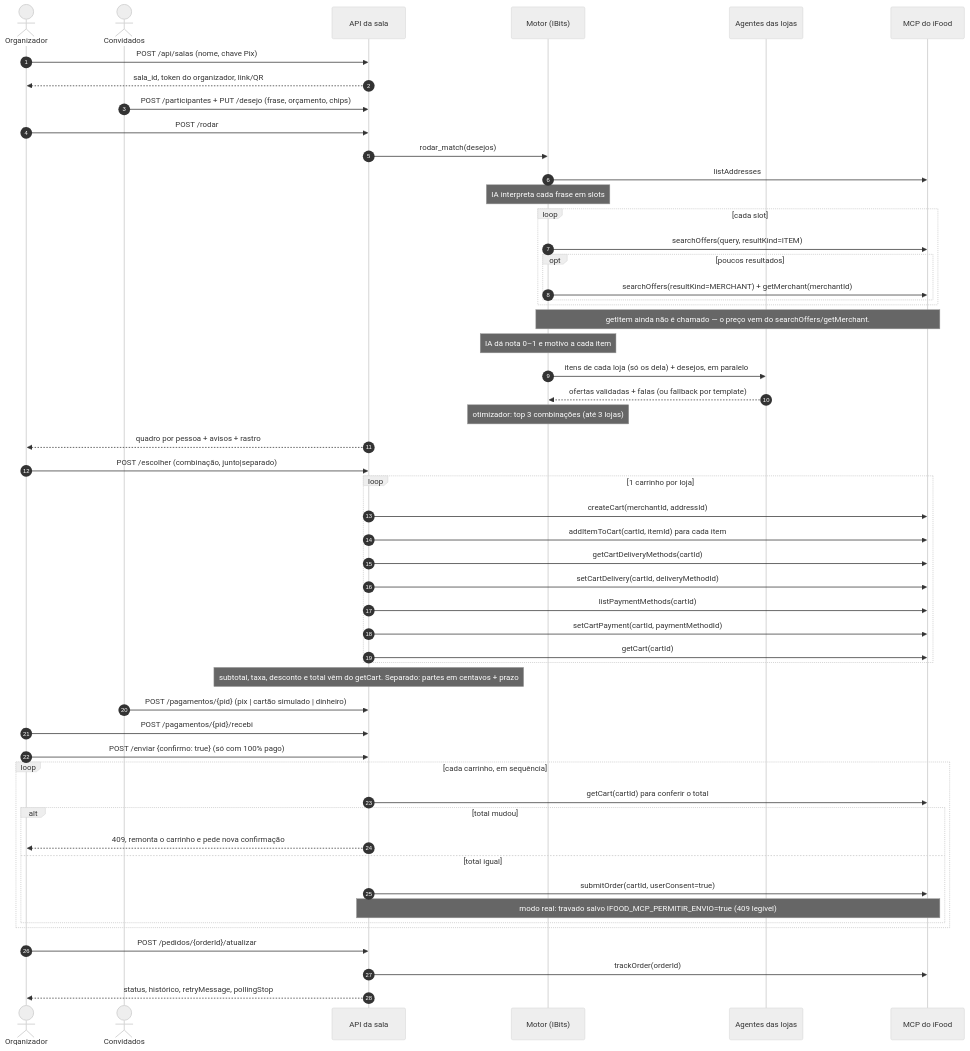
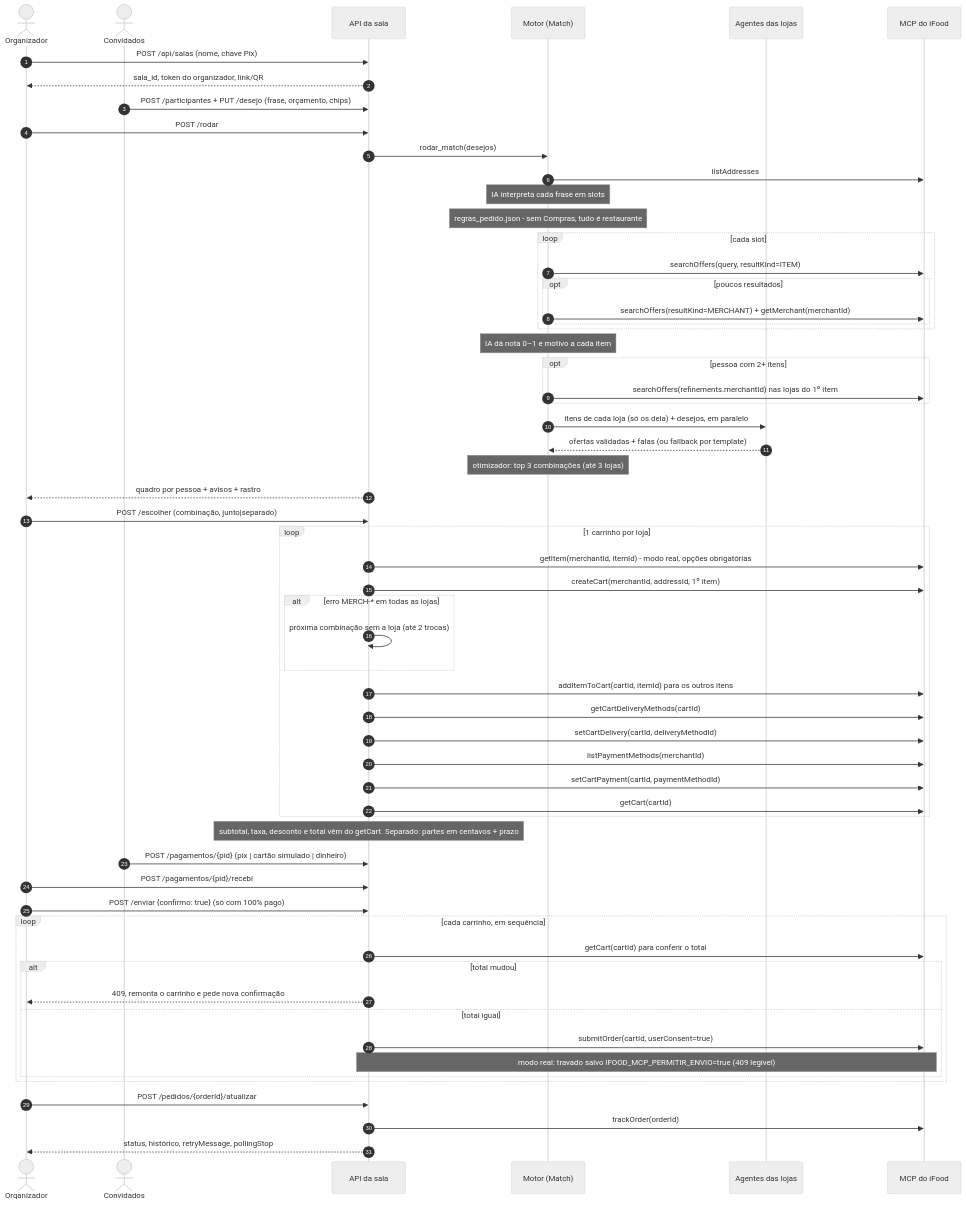
One commit to scorpion-bits/Hackaton-Ifood changed the second of 5 diagrams in docs/tecnico.md. Above: the diagram before and after it, drawn with Mermaid (neutral theme). The commit also changed other lines of this file and 5 other files, not shown here.

First line of the commit message:
docs(entregaveis): textos com "Match" e o estado atual (Compras, mesma loja, loja fechada, remédio, MCP real)

````diff
--- a/docs/tecnico.md
+++ b/docs/tecnico.md
@@ -88,56 +98,63 @@
 ```mermaid
 sequenceDiagram
   autonumber
   actor O as Organizador
   actor C as Convidados
   participant API as API da sala
-  participant M as Motor (IBits)
+  participant M as Motor (Match)
   participant L as Agentes das lojas
   participant MCP as MCP do iFood
 
   O->>API: POST /api/salas (nome, chave Pix)
   API-->>O: sala_id, token do organizador, link/QR
   C->>API: POST /participantes + PUT /desejo (frase, orçamento, chips)
   O->>API: POST /rodar
   API->>M: rodar_match(desejos)
   M->>MCP: listAddresses
   Note over M: IA interpreta cada frase em slots
+  Note over M: regras_pedido.json - sem Compras, tudo é restaurante
   loop cada slot
     M->>MCP: searchOffers(query, resultKind=ITEM)
     opt poucos resultados
       M->>MCP: searchOffers(resultKind=MERCHANT) + getMerchant(merchantId)
     end
   end
-  Note over M,MCP: getItem ainda não é chamado — o preço vem do searchOffers/getMerchant.
   Note over M: IA dá nota 0–1 e motivo a cada item
+  opt pessoa com 2+ itens
+    M->>MCP: searchOffers(refinements.merchantId) nas lojas do 1º item
+  end
   M->>L: itens de cada loja (só os dela) + desejos, em paralelo
   L-->>M: ofertas validadas + falas (ou fallback por template)
   Note over M: otimizador: top 3 combinações (até 3 lojas)
   API-->>O: quadro por pessoa + avisos + rastro
   O->>API: POST /escolher (combinação, junto|separado)
   loop 1 carrinho por loja
-    API->>MCP: createCart(merchantId, addressId)
-    API->>MCP: addItemToCart(cartId, itemId) para cada item
+    API->>MCP: getItem(merchantId, itemId) - modo real, opções obrigatórias
+    API->>MCP: createCart(merchantId, addressId, 1º item)
+    alt erro MERCH-* em todas as lojas
+      API->>API: próxima combinação sem a loja (até 2 trocas)
+    end
+    API->>MCP: addItemToCart(cartId, itemId) para os outros itens
     API->>MCP: getCartDeliveryMethods(cartId)
     API->>MCP: setCartDelivery(cartId, deliveryMethodId)
-    API->>MCP: listPaymentMethods(cartId)
+    API->>MCP: listPaymentMethods(merchantId)
     API->>MCP: setCartPayment(cartId, paymentMethodId)
     API->>MCP: getCart(cartId)
   end
   Note over API: subtotal, taxa, desconto e total vêm do getCart. Separado: partes em centavos + prazo
   C->>API: POST /pagamentos/{pid} (pix | cartão simulado | dinheiro)
   O->>API: POST /pagamentos/{pid}/recebi
   O->>API: POST /enviar {confirmo: true} (só com 100% pago)
   loop cada carrinho, em sequência
     API->>MCP: getCart(cartId) para conferir o total
     alt total mudou
       API-->>O: 409, remonta o carrinho e pede nova confirmação
     else total igual
       API->>MCP: submitOrder(cartId, userConsent=true)
       Note over API,MCP: modo real: travado salvo IFOOD_MCP_PERMITIR_ENVIO=true (409 legível)
     end
   end
   O->>API: POST /pedidos/{orderId}/atualizar
   API->>MCP: trackOrder(orderId)
   API-->>O: status, histórico, retryMessage, pollingStop
 ```
````
